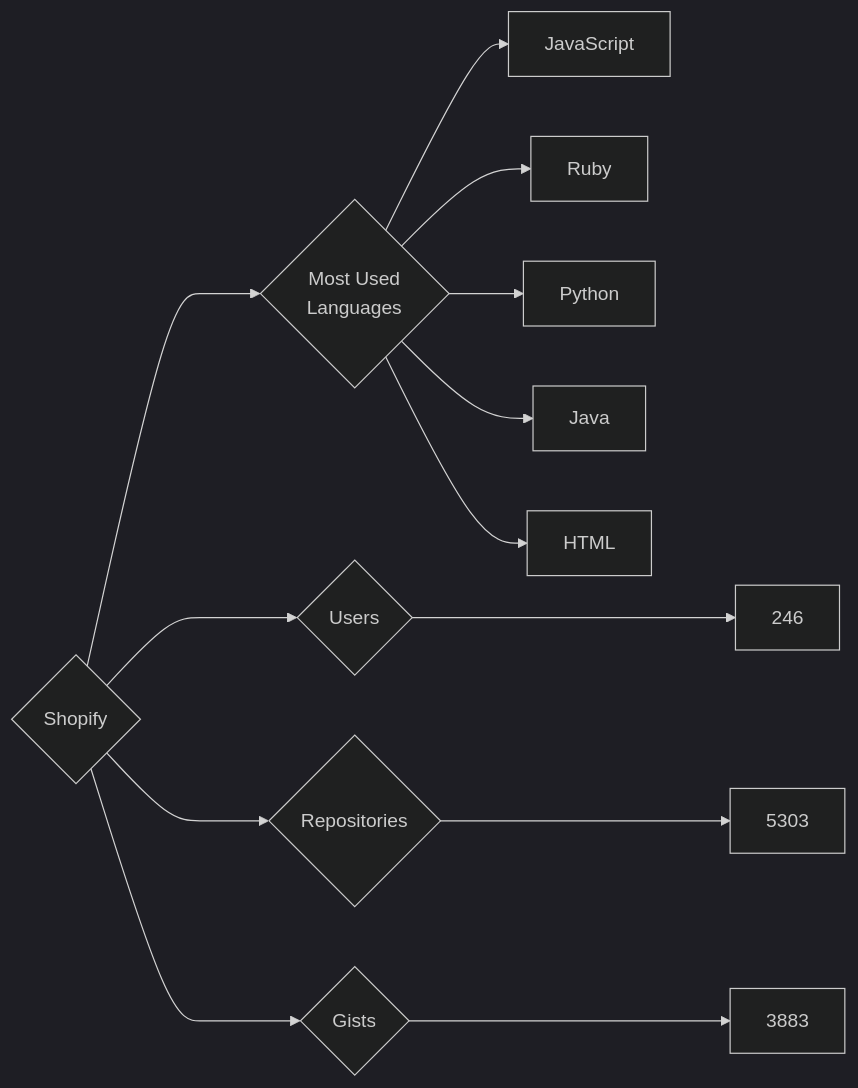
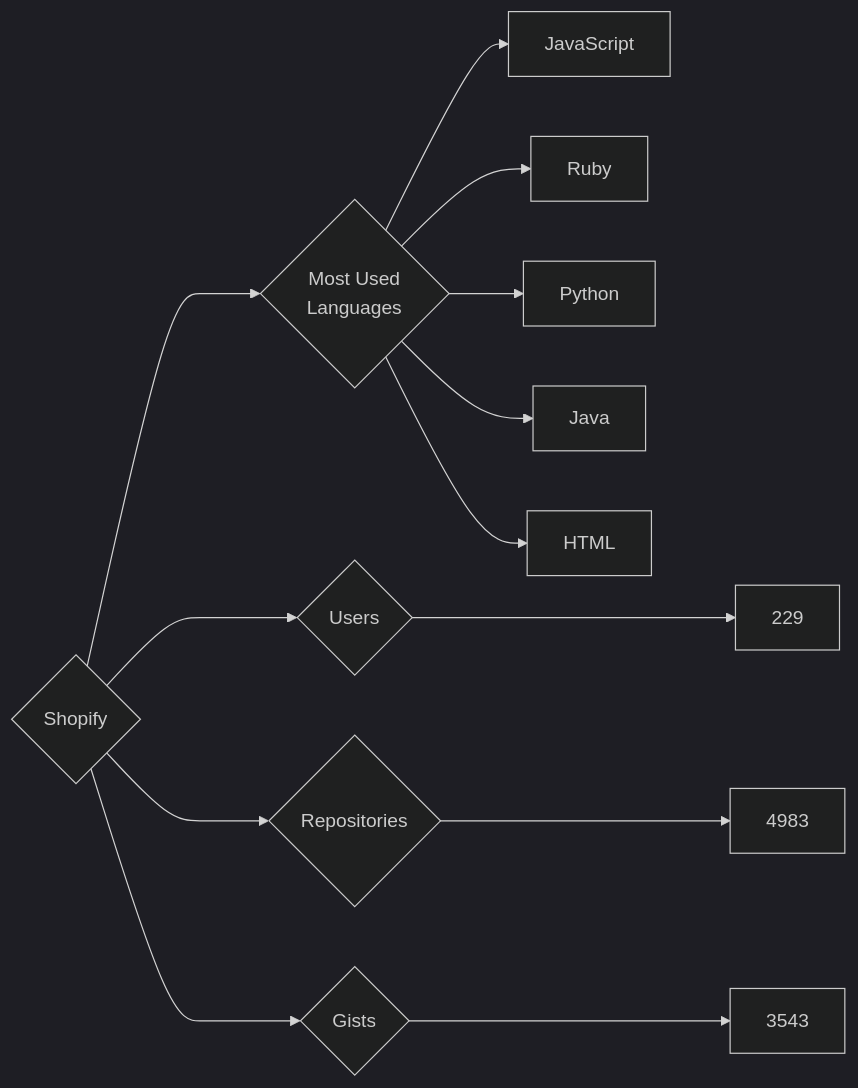
One commit to trickest/insiders changed the diagram in targets/Shopify/README.md. Above: the diagram before and after it, drawn with Mermaid (dark theme). The commit also changed 964 other files, not shown here.

````diff
--- a/targets/Shopify/README.md
+++ b/targets/Shopify/README.md
@@ -3,13 +3,13 @@
 ```mermaid
 graph LR
 COMPANY_NAME{Shopify}
-COMPANY_NAME ---> U{Users} ---> UN[246]
-COMPANY_NAME ---> R{Repositories} ---> RN[5303]
-COMPANY_NAME ---> G{Gists} ---> GN[3883]
+COMPANY_NAME ---> U{Users} ---> UN[229]
+COMPANY_NAME ---> R{Repositories} ---> RN[4983]
+COMPANY_NAME ---> G{Gists} ---> GN[3543]
 COMPANY_NAME ---> ML{Most Used<br>Languages}
 ML --> JavaScript[JavaScript]
 ML --> Ruby[Ruby]
 ML --> Python[Python]
 ML --> Java[Java]
 ML --> HTML[HTML]
 ```
````
